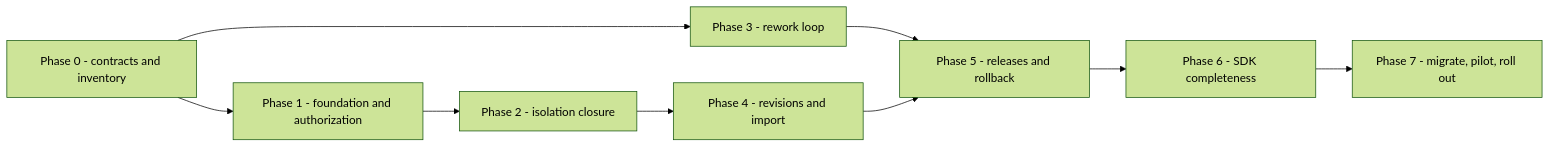
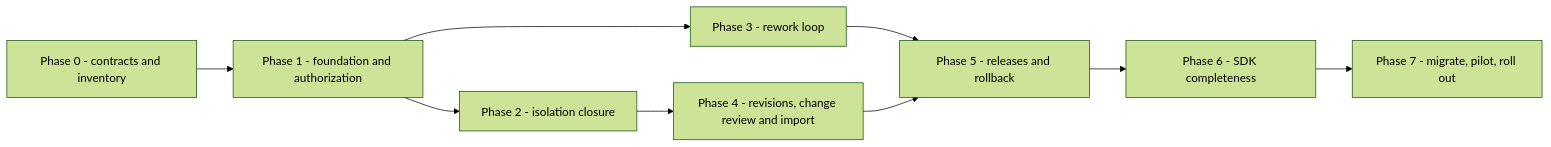
Diagram 16 of 16 in docs/workspace-plan.md (rrahimi-uci/caliber-suite), drawn with Mermaid (forest theme) before and after one commit. The commit also changed other lines of this file, not shown here.

````diff
--- a/docs/workspace-plan.md
+++ b/docs/workspace-plan.md
@@ -2215,11 +3506,11 @@
 ```mermaid
 flowchart LR
   P0[Phase 0 - contracts and inventory] --> P1[Phase 1 - foundation and authorization]
   P1 --> P2[Phase 2 - isolation closure]
-  P0 --> P3[Phase 3 - rework loop]
-  P2 --> P4[Phase 4 - revisions and import]
+  P1 --> P3[Phase 3 - rework loop]
+  P2 --> P4[Phase 4 - revisions, change review and import]
   P3 --> P5[Phase 5 - releases and rollback]
   P4 --> P5
   P5 --> P6[Phase 6 - SDK completeness]
   P6 --> P7[Phase 7 - migrate, pilot, roll out]
 ```
````
